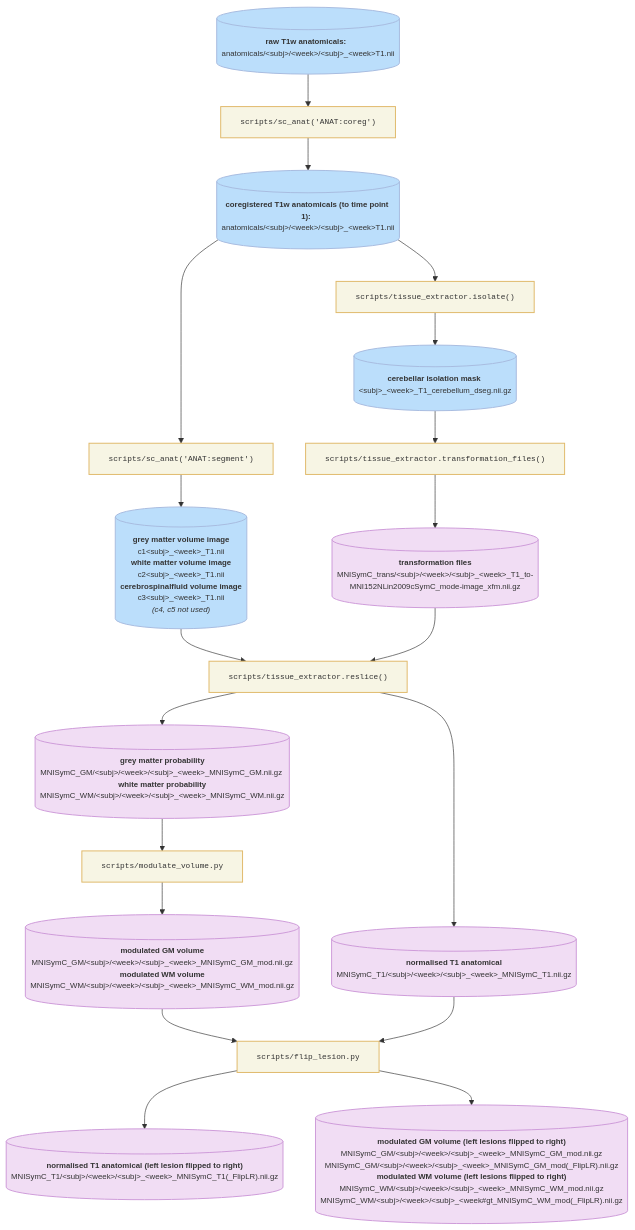
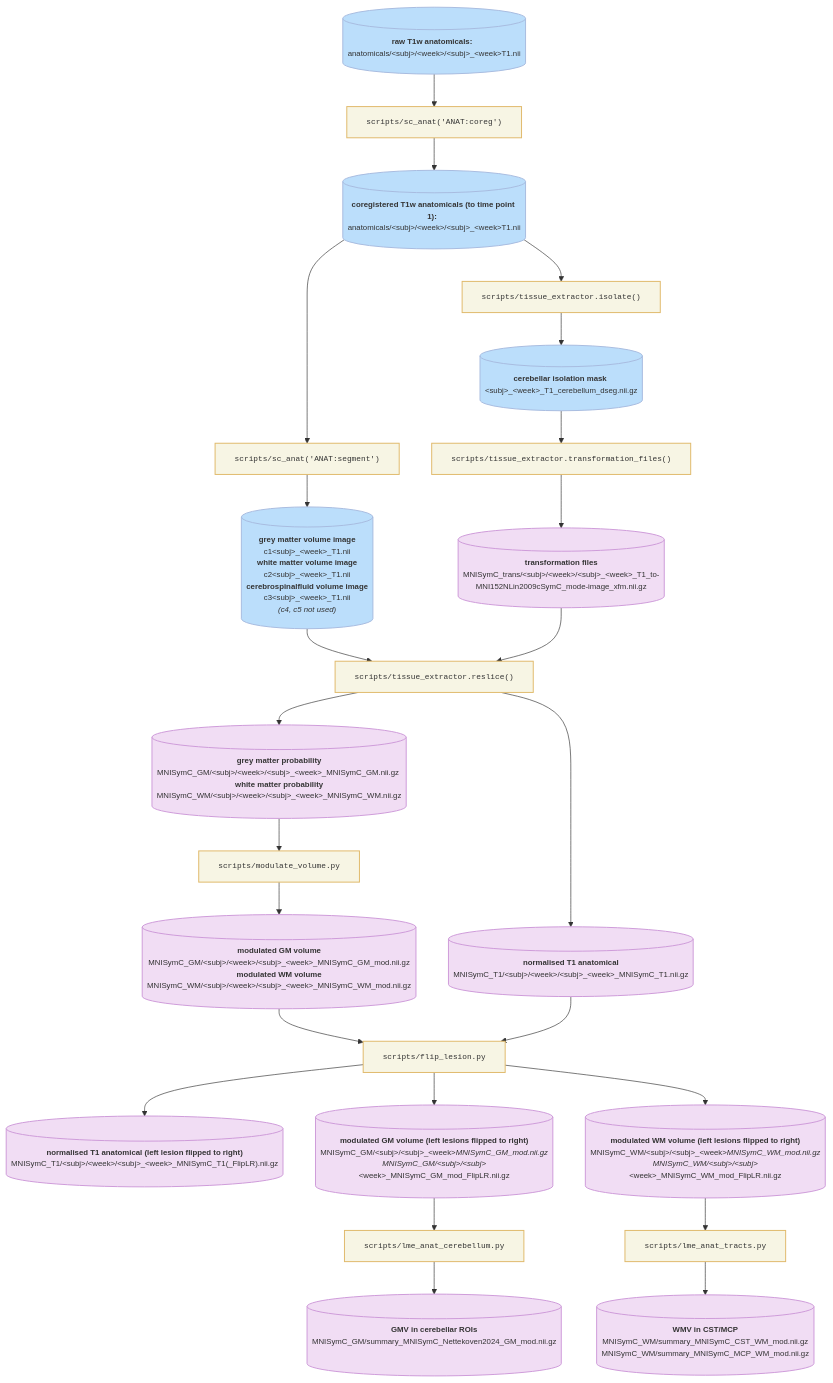
The first of 4 diagrams in README.md (medhakp/smarts_cerebellum), drawn with Mermaid before and after one commit.

````diff
--- a/README.md
+++ b/README.md
@@ -17,50 +17,61 @@
 ```mermaid
 ---
 config:
-  layout: dagre
+  layout: fixed
 ---
 flowchart TB
-    A[("<b>raw T1w anatomicals: </b> <br>anatomicals/#60;subj#62;/#60;week#62;/#60;subj#62;_#60;week#62;T1.nii")] --> P1@{ label: "scripts/sc_anat('ANAT:coreg')" }
-    P1 --> B[("<b>coregistered T1w anatomicals (to time point 1): </b> <br>anatomicals/#60;subj#62;/#60;week#62;/#60;subj#62;_#60;week#62;T1.nii<br>")]
+    A[("<b>raw T1w anatomicals: </b> <br>anatomicals/ﬂ°lt¶ßsubjﬂ°gt¶ß/ﬂ°lt¶ßweekﬂ°gt¶ß/ﬂ°lt¶ßsubjﬂ°gt¶ß_ﬂ°lt¶ßweekﬂ°gt¶ßT1.nii")] --> P1@{ label: "scripts/sc_anat('ANAT:coreg')" }
+    P1 --> B[("<b>coregistered T1w anatomicals (to time point 1): </b> <br>anatomicals/ﬂ°lt¶ßsubjﬂ°gt¶ß/ﬂ°lt¶ßweekﬂ°gt¶ß/ﬂ°lt¶ßsubjﬂ°gt¶ß_ﬂ°lt¶ßweekﬂ°gt¶ßT1.nii<br>")]
     B --> P2@{ label: "scripts/sc_anat('ANAT:segment')" } & P3["scripts/tissue_extractor.isolate()"]
-    P2 --> C[("<b>grey matter volume image</b><br>c1#60;subj#62;_#60;week#62;_T1.nii<br><b>white matter volume image</b><br>c2#60;subj#62;_#60;week#62;_T1.nii<br><b>cerebrospinalfluid volume image</b><br>c3#60;subj#62;_#60;week#62;_T1.nii<br><i>(c4, c5 not used)</i>")]
-    P3 --> D[("<b>cerebellar isolation mask</b> <br>#60;subj#62;_#60;week#62;_T1_cerebellum_dseg.nii.gz<br>")]
+    P2 --> C[("<b>grey matter volume image</b><br>c1ﬂ°lt¶ßsubjﬂ°gt¶ß_ﬂ°lt¶ßweekﬂ°gt¶ß_T1.nii<br><b>white matter volume image</b><br>c2ﬂ°lt¶ßsubjﬂ°gt¶ß_ﬂ°lt¶ßweekﬂ°gt¶ß_T1.nii<br><b>cerebrospinalfluid volume image</b><br>c3ﬂ°lt¶ßsubjﬂ°gt¶ß_ﬂ°lt¶ßweekﬂ°gt¶ß_T1.nii<br><i>(c4, c5 not used)</i>")]
+    P3 --> D[("<b>cerebellar isolation mask</b> <br>ﬂ°lt¶ßsubjﬂ°gt¶ß_ﬂ°lt¶ßweekﬂ°gt¶ß_T1_cerebellum_dseg.nii.gz<br>")]
     D --> P4["scripts/tissue_extractor.transformation_files()"]
-    P4 --> E[("<b>transformation files</b><br>MNISymC_trans/#60;subj#62;/#60;week#62;/#60;subj#62;_#60;week#62;_T1_to-MNI152NLin2009cSymC_mode-image_xfm.nii.gz<br>")]
+    P4 --> E[("<b>transformation files</b><br>MNISymC_trans/ﬂ°lt¶ßsubjﬂ°gt¶ß/ﬂ°lt¶ßweekﬂ°gt¶ß/ﬂ°lt¶ßsubjﬂ°gt¶ß_ﬂ°lt¶ßweekﬂ°gt¶ß_T1_to-MNI152NLin2009cSymC_mode-image_xfm.nii.gz<br>")]
     C --> F["scripts/tissue_extractor.reslice()"]
     E --> F
-    F --> G[("<b>normalised T1 anatomical</b><br>MNISymC_T1/#60;subj#62;/#60;week#62;/#60;subj#62;_#60;week#62;_MNISymC_T1.nii.gz<br>")] & H[("<b>grey matter probability</b><br>MNISymC_GM/#60;subj#62;/#60;week#62;/#60;subj#62;_#60;week#62;_MNISymC_GM.nii.gz <br><b>white matter probability</b><br>MNISymC_WM/#60;subj#62;/#60;week#62;/#60;subj#62;_#60;week#62;_MNISymC_WM.nii.gz")]
+    F --> G[("<b>normalised T1 anatomical</b><br>MNISymC_T1/ﬂ°lt¶ßsubjﬂ°gt¶ß/ﬂ°lt¶ßweekﬂ°gt¶ß/ﬂ°lt¶ßsubjﬂ°gt¶ß_ﬂ°lt¶ßweekﬂ°gt¶ß_MNISymC_T1.nii.gz<br>")] & H[("<b>grey matter probability</b><br>MNISymC_GM/ﬂ°lt¶ßsubjﬂ°gt¶ß/ﬂ°lt¶ßweekﬂ°gt¶ß/ﬂ°lt¶ßsubjﬂ°gt¶ß_ﬂ°lt¶ßweekﬂ°gt¶ß_MNISymC_GM.nii.gz <br><b>white matter probability</b><br>MNISymC_WM/ﬂ°lt¶ßsubjﬂ°gt¶ß/ﬂ°lt¶ßweekﬂ°gt¶ß/ﬂ°lt¶ßsubjﬂ°gt¶ß_ﬂ°lt¶ßweekﬂ°gt¶ß_MNISymC_WM.nii.gz")]
     H --> P5["scripts/modulate_volume.py"]
-    P5 --> I[("<b>modulated GM volume</b><br>MNISymC_GM/#60;subj#62;/#60;week#62;/#60;subj#62;_#60;week#62;_MNISymC_GM_mod.nii.gz<br><b>modulated WM volume</b><br>MNISymC_WM/#60;subj#62;/#60;week#62;/#60;subj#62;_#60;week#62;_MNISymC_WM_mod.nii.gz")]
+    P5 --> I[("<b>modulated GM volume</b><br>MNISymC_GM/ﬂ°lt¶ßsubjﬂ°gt¶ß/ﬂ°lt¶ßweekﬂ°gt¶ß/ﬂ°lt¶ßsubjﬂ°gt¶ß_ﬂ°lt¶ßweekﬂ°gt¶ß_MNISymC_GM_mod.nii.gz<br><b>modulated WM volume</b><br>MNISymC_WM/ﬂ°lt¶ßsubjﬂ°gt¶ß/ﬂ°lt¶ßweekﬂ°gt¶ß/ﬂ°lt¶ßsubjﬂ°gt¶ß_ﬂ°lt¶ßweekﬂ°gt¶ß_MNISymC_WM_mod.nii.gz")]
     I --> P6["scripts/flip_lesion.py"]
     G --> P6
-    P6 --> J@{ label: "<span style=\"--tw-border-spacing-y:\">**normalised T1 anatomical (left lesion flipped to right)**<br></span>MNISymC_T1/#60;subj#62;/#60;week#62;/#60;subj#62;_#60;week#62;_MNISymC_T1(_FlipLR).nii.gz<br>" } & K[("<b>modulated GM volume (left lesions flipped to right)</b><br>MNISymC_GM/#60;subj#62;/#60;week#62;/#60;subj#62;_#60;week#62;_MNISymC_GM_mod.nii.gz<br>MNISymC_GM/#60;subj#62;/#60;week#62;/#60;subj#62;_#60;week#62;_MNISymC_GM_mod(_FlipLR).nii.gz<br><b>modulated WM volume (left lesions flipped to right)</b><br>MNISymC_WM/#60;subj#62;/#60;week#62;/#60;subj#62;_#60;week#62;_MNISymC_WM_mod.nii.gz<br>MNISymC_WM/#60;subj#62;/#60;week#62;/#60;subj#62;_#60;week#gt_MNISymC_WM_mod(_FlipLR).nii.gz")]
+    P6 --> J@{ label: "<span style=\"--tw-border-spacing-y:\">**normalised T1 anatomical (left lesion flipped to right)**<br></span>MNISymC_T1/ﬂ°lt¶ßsubjﬂ°gt¶ß/ﬂ°lt¶ßweekﬂ°gt¶ß/ﬂ°lt¶ßsubjﬂ°gt¶ß_ﬂ°lt¶ßweekﬂ°gt¶ß_MNISymC_T1(_FlipLR).nii.gz<br>" } & n3[("`**modulated GM volume (left lesions flipped to right)**<br>MNISymC_GM/ﬂ°°60¶ßsubjﬂ°°62¶ß/ﬂ°°60¶ßsubjﬂ°°62¶ß_ﬂ°°60¶ßweekﬂ°°62¶ß_MNISymC_GM_mod.nii.gz<br>MNISymC_GM/ﬂ°°60¶ßsubjﬂ°°62¶ß/ﬂ°°60¶ßsubjﬂ°°62¶ß_ﬂ°°60¶ßweekﬂ°°62¶ß_MNISymC_GM_mod_FlipLR.nii.gz`")] & n2[("`**modulated WM volume (left lesions flipped to right)**<br>MNISymC_WM/ﬂ°°60¶ßsubjﬂ°°62¶ß/ﬂ°°60¶ßsubjﬂ°°62¶ß_ﬂ°°60¶ßweekﬂ°°62¶ß_MNISymC_WM_mod.nii.gz<br>MNISymC_WM/ﬂ°°60¶ßsubjﬂ°°62¶ß/ﬂ°°60¶ßsubjﬂ°°62¶ß_ﬂ°°60¶ßweekﬂ°°62¶ß_MNISymC_WM_mod_FlipLR.nii.gz`")]
+    n2 --> n1["scripts/lme_anat_tracts.py"]
+    n1 --> n4[("`**WMV in CST/MCP**<br>MNISymC_WM/summary_MNISymC_CST_WM_mod.nii.gz<br>MNISymC_WM/summary_MNISymC_MCP_WM_mod.nii.gz`")]
+    n3 --> n6["scripts/lme_anat_cerebellum.py"]
+    n6 --> n5[("`**GMV in cerebellar ROIs**<br>MNISymC_GM/summary_MNISymC_Nettekoven2024_GM_mod.nii.gz<br><br>`")]
 
     P1@{ shape: rect}
     P2@{ shape: rect}
     J@{ shape: cylinder}
+    n1@{ shape: rect}
+    n6@{ shape: rect}
      A:::nativeNode
      P1:::processNode
      B:::nativeNode
      P2:::processNode
      P3:::processNode
      C:::nativeNode
      D:::nativeNode
      P4:::processNode
      E:::templateNode
      F:::processNode
      G:::templateNode
      H:::templateNode
      P5:::processNode
      I:::templateNode
      P6:::processNode
      J:::templateNode
-     K:::templateNode
+     n3:::templateNode
+     n2:::templateNode
+     n1:::processNode
+     n4:::templateNode
+     n6:::processNode
+     n5:::templateNode
     classDef nativeNode fill:#eff4ff,stroke:#a8bce0,stroke-width:1.5px,color:#333,font-family:Arial,font-size:12px
     classDef templateNode fill:#f1ddf4,stroke:#ce9bd9,stroke-width:1.5px,color:#333,font-family:Arial,font-size:12px
     classDef processNode fill:#f7f5e4,stroke:#e0b96a,stroke-width:1.5px,color:#333,font-family:monospace,font-size:12px
     style A fill:#BBDEFB
     style B fill:#BBDEFB
     style C fill:#BBDEFB
     style D fill:#BBDEFB
 ```
````
